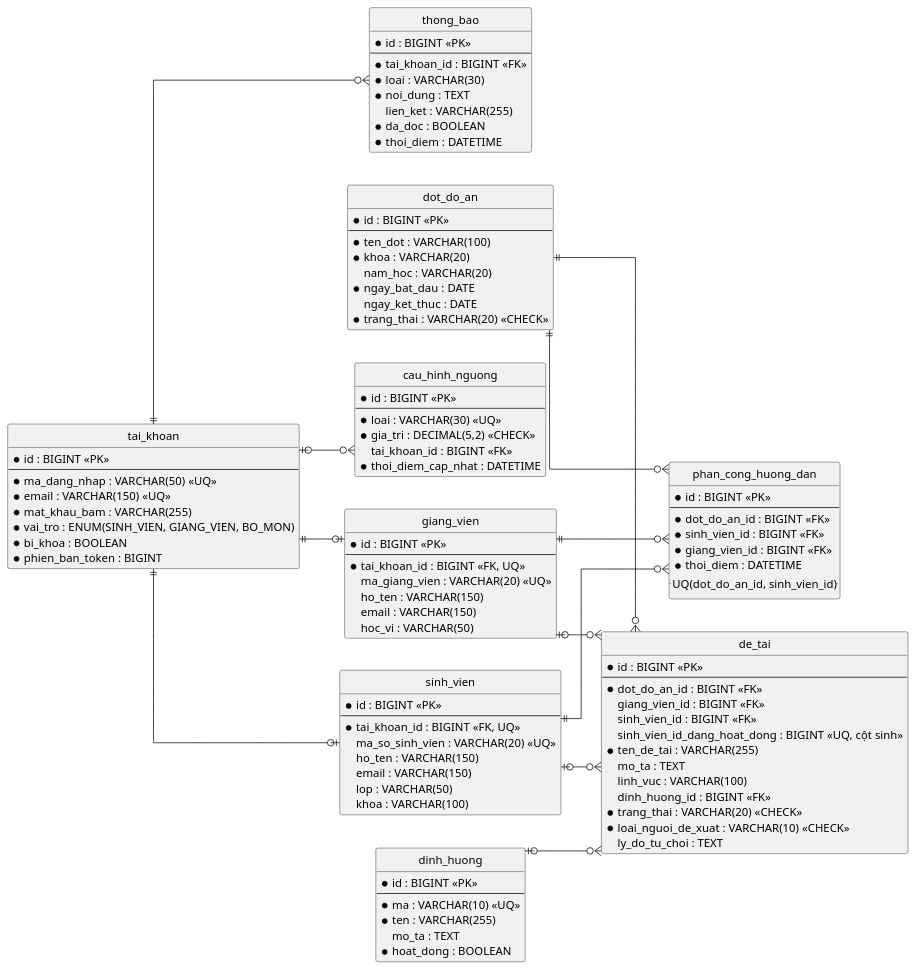
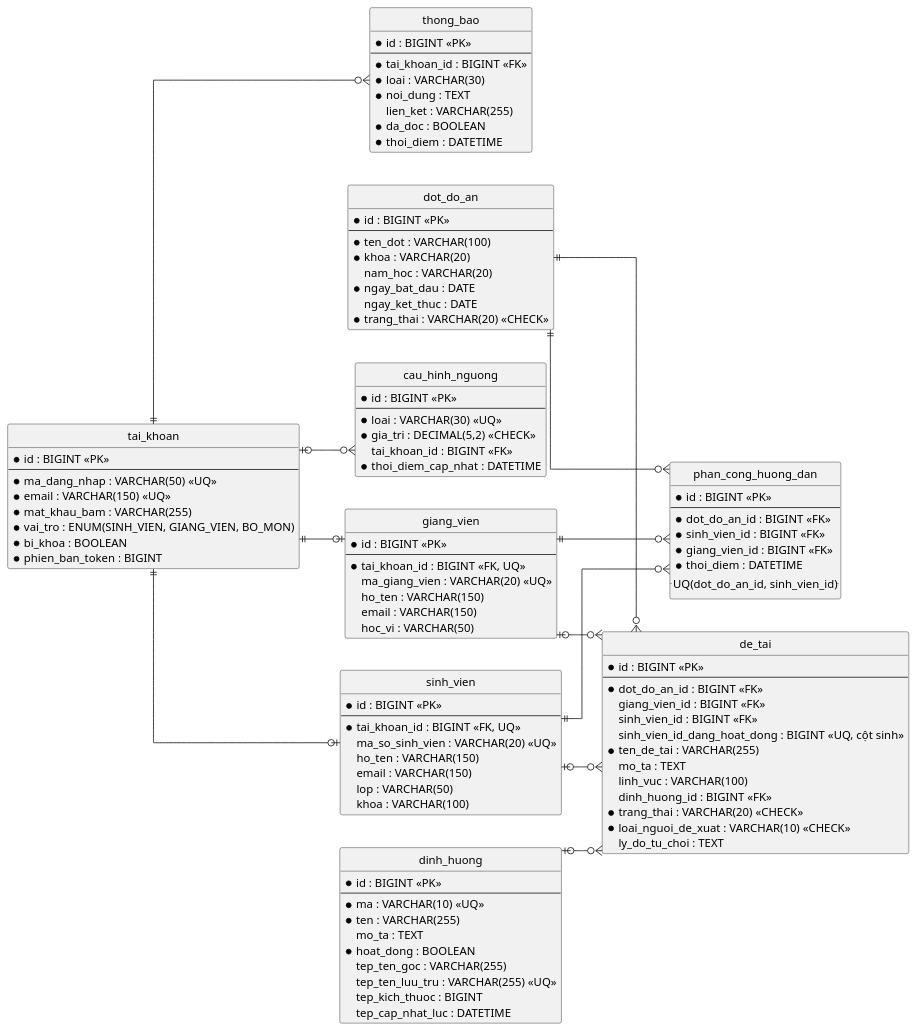
One commit to dtc235200036-alt/ICTU-DATN-NguyenThiMaiAnh changed the diagram in docs/chuong-3-thiet-ke/csdl/erd-nguoi-dung-de-tai.puml. Above: the diagram before and after it, drawn with PlantUML. The commit also changed 81 other files, not shown here.

```diff
--- a/docs/chuong-3-thiet-ke/csdl/erd-nguoi-dung-de-tai.puml
+++ b/docs/chuong-3-thiet-ke/csdl/erd-nguoi-dung-de-tai.puml
@@ -1,121 +1,125 @@
 @startuml erd-nguoi-dung-de-tai
 ' Nhóm 1 của thesis_core: tài khoản, người dùng, đợt đồ án, phân công,
 ' định hướng, đề tài, thông báo, cấu hình ngưỡng. Trích từ erd.puml.
 ' Quy ước: dấu * trước tên cột = NOT NULL.
 hide circle
 left to right direction
 skinparam linetype ortho
 skinparam nodesep 40
 skinparam ranksep 50
 
 entity "tai_khoan" as tai_khoan {
   *id : BIGINT <<PK>>
   --
   *ma_dang_nhap : VARCHAR(50) <<UQ>>
   *email : VARCHAR(150) <<UQ>>
   *mat_khau_bam : VARCHAR(255)
   *vai_tro : ENUM(SINH_VIEN, GIANG_VIEN, BO_MON)
   *bi_khoa : BOOLEAN
   *phien_ban_token : BIGINT
 }
 
 entity "sinh_vien" as sinh_vien {
   *id : BIGINT <<PK>>
   --
   *tai_khoan_id : BIGINT <<FK, UQ>>
   ma_so_sinh_vien : VARCHAR(20) <<UQ>>
   ho_ten : VARCHAR(150)
   email : VARCHAR(150)
   lop : VARCHAR(50)
   khoa : VARCHAR(100)
 }
 
 entity "giang_vien" as giang_vien {
   *id : BIGINT <<PK>>
   --
   *tai_khoan_id : BIGINT <<FK, UQ>>
   ma_giang_vien : VARCHAR(20) <<UQ>>
   ho_ten : VARCHAR(150)
   email : VARCHAR(150)
   hoc_vi : VARCHAR(50)
 }
 
 entity "dot_do_an" as dot_do_an {
   *id : BIGINT <<PK>>
   --
   *ten_dot : VARCHAR(100)
   *khoa : VARCHAR(20)
   nam_hoc : VARCHAR(20)
   *ngay_bat_dau : DATE
   ngay_ket_thuc : DATE
   *trang_thai : VARCHAR(20) <<CHECK>>
 }
 
 entity "phan_cong_huong_dan" as phan_cong_huong_dan {
   *id : BIGINT <<PK>>
   --
   *dot_do_an_id : BIGINT <<FK>>
   *sinh_vien_id : BIGINT <<FK>>
   *giang_vien_id : BIGINT <<FK>>
   *thoi_diem : DATETIME
   ..UQ(dot_do_an_id, sinh_vien_id)..
 }
 
 entity "dinh_huong" as dinh_huong {
   *id : BIGINT <<PK>>
   --
   *ma : VARCHAR(10) <<UQ>>
   *ten : VARCHAR(255)
   mo_ta : TEXT
   *hoat_dong : BOOLEAN
+  tep_ten_goc : VARCHAR(255)
+  tep_ten_luu_tru : VARCHAR(255) <<UQ>>
+  tep_kich_thuoc : BIGINT
+  tep_cap_nhat_luc : DATETIME
 }
 
 entity "de_tai" as de_tai {
   *id : BIGINT <<PK>>
   --
   *dot_do_an_id : BIGINT <<FK>>
   giang_vien_id : BIGINT <<FK>>
   sinh_vien_id : BIGINT <<FK>>
   sinh_vien_id_dang_hoat_dong : BIGINT <<UQ, cột sinh>>
   *ten_de_tai : VARCHAR(255)
   mo_ta : TEXT
   linh_vuc : VARCHAR(100)
   dinh_huong_id : BIGINT <<FK>>
   *trang_thai : VARCHAR(20) <<CHECK>>
   *loai_nguoi_de_xuat : VARCHAR(10) <<CHECK>>
   ly_do_tu_choi : TEXT
 }
 
 entity "thong_bao" as thong_bao {
   *id : BIGINT <<PK>>
   --
   *tai_khoan_id : BIGINT <<FK>>
   *loai : VARCHAR(30)
   *noi_dung : TEXT
   lien_ket : VARCHAR(255)
   *da_doc : BOOLEAN
   *thoi_diem : DATETIME
 }
 
 entity "cau_hinh_nguong" as cau_hinh_nguong {
   *id : BIGINT <<PK>>
   --
   *loai : VARCHAR(30) <<UQ>>
   *gia_tri : DECIMAL(5,2) <<CHECK>>
   tai_khoan_id : BIGINT <<FK>>
   *thoi_diem_cap_nhat : DATETIME
 }
 
 tai_khoan ||--o| sinh_vien
 tai_khoan ||--o| giang_vien
 tai_khoan ||--o{ thong_bao
 tai_khoan |o--o{ cau_hinh_nguong
 dot_do_an ||--o{ phan_cong_huong_dan
 sinh_vien ||--o{ phan_cong_huong_dan
 giang_vien ||--o{ phan_cong_huong_dan
 dot_do_an ||--o{ de_tai
 dinh_huong |o--o{ de_tai
 giang_vien |o--o{ de_tai
 sinh_vien |o--o{ de_tai
 
 @enduml
```
